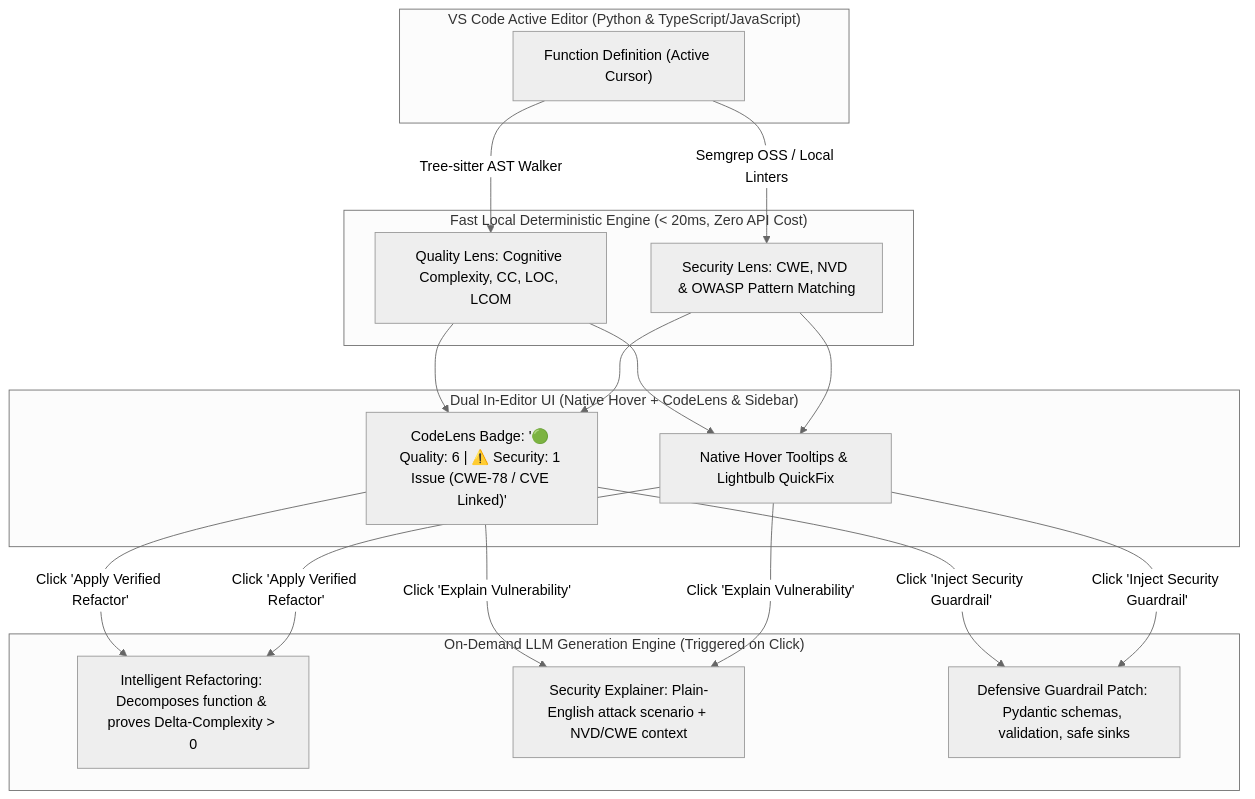
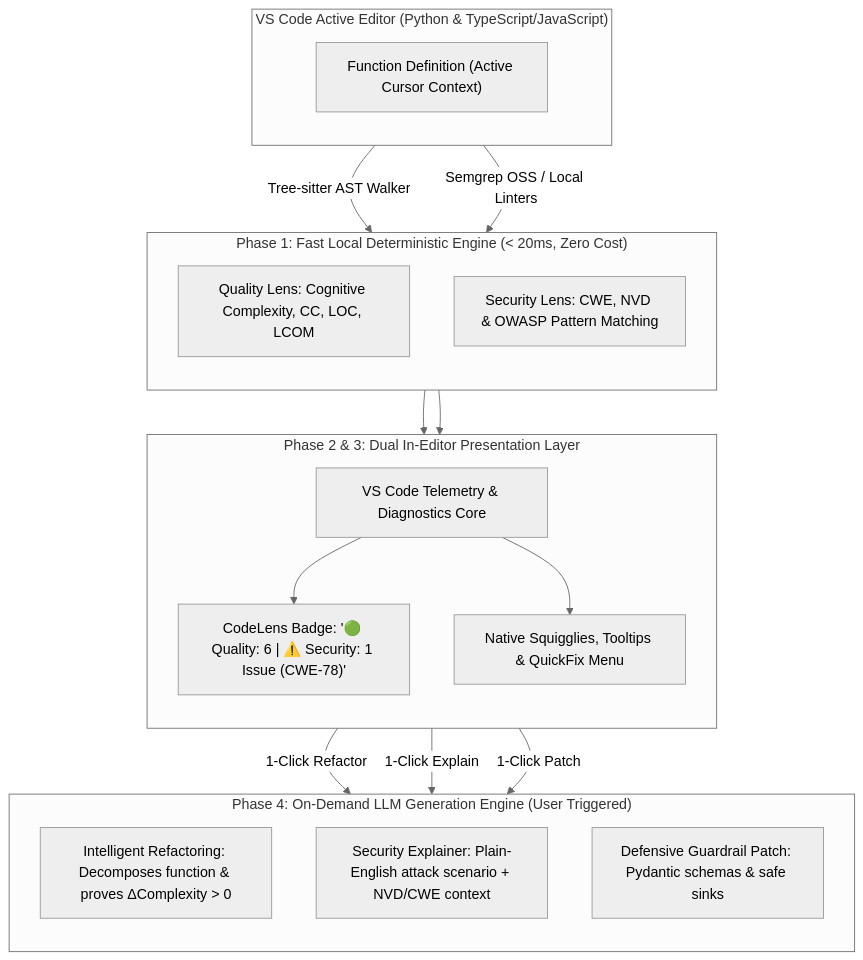
Before and after one commit to Fool-Penguin/Senior-Project: the first of 4 diagrams in 01_project_proposals/Final_Combined_Project_Specification.md, drawn with Mermaid (neutral theme). The commit also changed other lines of this file and 2 other files, not shown here.

Commit message:
docs: optimize Mermaid pipeline architecture to balanced adaptive layout and add high-res diagrams

````diff
--- a/01_project_proposals/Final_Combined_Project_Specification.md
+++ b/01_project_proposals/Final_Combined_Project_Specification.md
@@ -36,22 +36,28 @@
 ```mermaid
 flowchart TD
     subgraph Editor ["VS Code Active Editor (Python & TypeScript/JavaScript)"]
-        F1["Function Definition (Active Cursor)"]
+        direction TB
+        F1["Function Definition (Active Cursor Context)"]
     end
 
-    subgraph FastLocalEngine ["Fast Local Deterministic Engine (< 20ms, Zero API Cost)"]
+    subgraph FastLocalEngine ["Phase 1: Fast Local Deterministic Engine (< 20ms, Zero Cost)"]
+        direction TB
         F1 -->|"Tree-sitter AST Walker"| Q1["Quality Lens: Cognitive Complexity, CC, LOC, LCOM"]
         F1 -->|"Semgrep OSS / Local Linters"| S1["Security Lens: CWE, NVD & OWASP Pattern Matching"]
     end
 
-    subgraph InEditorDisplay ["Dual In-Editor UI (Native Hover + CodeLens & Sidebar)"]
-        Q1 & S1 --> UI1["CodeLens Badge: '🟢 Quality: 6 | ⚠️ Security: 1 Issue (CWE-78 / CVE Linked)'"]
-        Q1 & S1 --> UI2["Native Hover Tooltips & Lightbulb QuickFix"]
+    subgraph InEditorDisplay ["Phase 2 & 3: Dual In-Editor Presentation Layer"]
+        direction TB
+        Q1 --> UI_Core["VS Code Telemetry & Diagnostics Core"]
+        S1 --> UI_Core
+        UI_Core --> UI1["CodeLens Badge: '🟢 Quality: 6 | ⚠️ Security: 1 Issue (CWE-78)'"]
+        UI_Core --> UI2["Native Squigglies, Tooltips & QuickFix Menu"]
     end
 
-    subgraph OnDemandLLM ["On-Demand LLM Generation Engine (Triggered on Click)"]
-        UI1 & UI2 -->|"Click 'Apply Verified Refactor'"| LLM1["Intelligent Refactoring: Decomposes function & proves Delta-Complexity > 0"]
-        UI1 & UI2 -->|"Click 'Explain Vulnerability'"| LLM2["Security Explainer: Plain-English attack scenario + NVD/CWE context"]
-        UI1 & UI2 -->|"Click 'Inject Security Guardrail'"| LLM3["Defensive Guardrail Patch: Pydantic schemas, validation, safe sinks"]
+    subgraph OnDemandLLM ["Phase 4: On-Demand LLM Generation Engine (User Triggered)"]
+        direction TB
+        UI2 -->|"1-Click Refactor"| LLM1["Intelligent Refactoring: Decomposes function & proves ΔComplexity > 0"]
+        UI2 -->|"1-Click Explain"| LLM2["Security Explainer: Plain-English attack scenario + NVD/CWE context"]
+        UI2 -->|"1-Click Patch"| LLM3["Defensive Guardrail Patch: Pydantic schemas & safe sinks"]
     end
 ```
````
